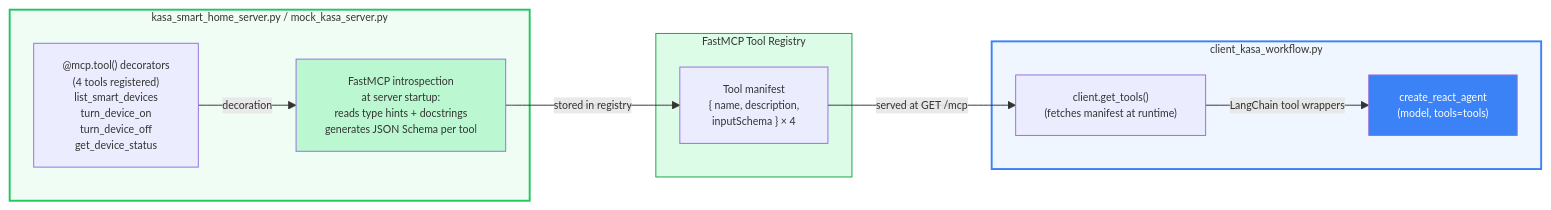
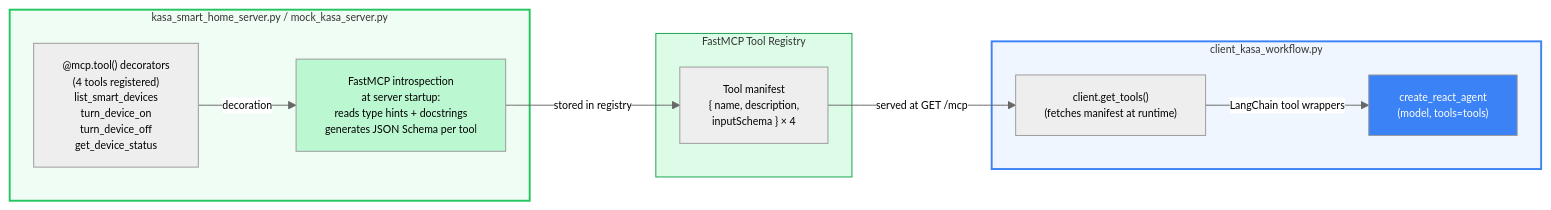
The eighth of 8 diagrams in workflow/workflow.md (the-write-path-code/ch08-model-context-protocol), drawn with Mermaid before and after one commit. The commit also changed other lines of this file, not shown here.

First line of the commit message:
Change mermaid diagram theme to 'neutral'

````diff
--- a/workflow/workflow.md
+++ b/workflow/workflow.md
@@ -315,28 +315,28 @@
 ```mermaid
-%%{init: {"themeVariables": {"fontFamily": "Arial, Helvetica, sans-serif", "fontSize": "11px", "actorFontSize": "11px", "noteFontSize": "10px", "messageFontSize": "10px"}}}%%
+%%{init: {"theme": "neutral", "themeVariables": {"fontFamily": "Arial, Helvetica, sans-serif", "fontSize": "11px", "actorFontSize": "11px", "noteFontSize": "10px", "messageFontSize": "10px"}}}%%
 flowchart LR
     subgraph SERVER ["kasa_smart_home_server.py / mock_kasa_server.py"]
         DECS["@mcp.tool() decorators\n(4 tools registered)\nlist_smart_devices\nturn_device_on\nturn_device_off\nget_device_status"]
         INTROSPECT["FastMCP introspection\nat server startup:\nreads type hints + docstrings\ngenerates JSON Schema per tool"]
         DECS -->|"decoration"| INTROSPECT
     end
 
     subgraph REGISTRY ["FastMCP Tool Registry"]
         R["Tool manifest\n{ name, description,\n  inputSchema } × 4"]
     end
 
     subgraph CLIENT ["client_kasa_workflow.py"]
         GE["client.get_tools()\n(fetches manifest at runtime)"]
         AGENT["create_react_agent\n(model, tools=tools)"]
         GE -->|"LangChain tool wrappers"| AGENT
     end
 
     INTROSPECT -->|"stored in registry"| R
     R -->|"served at GET /mcp"| GE
 
     style SERVER fill:#f0fdf4,stroke:#22c55e,stroke-width:2px
     style REGISTRY fill:#dcfce7,stroke:#16a34a
     style CLIENT fill:#eff6ff,stroke:#3b82f6,stroke-width:2px
     style AGENT fill:#3b82f6,color:#fff
     style INTROSPECT fill:#bbf7d0
 ```
````
